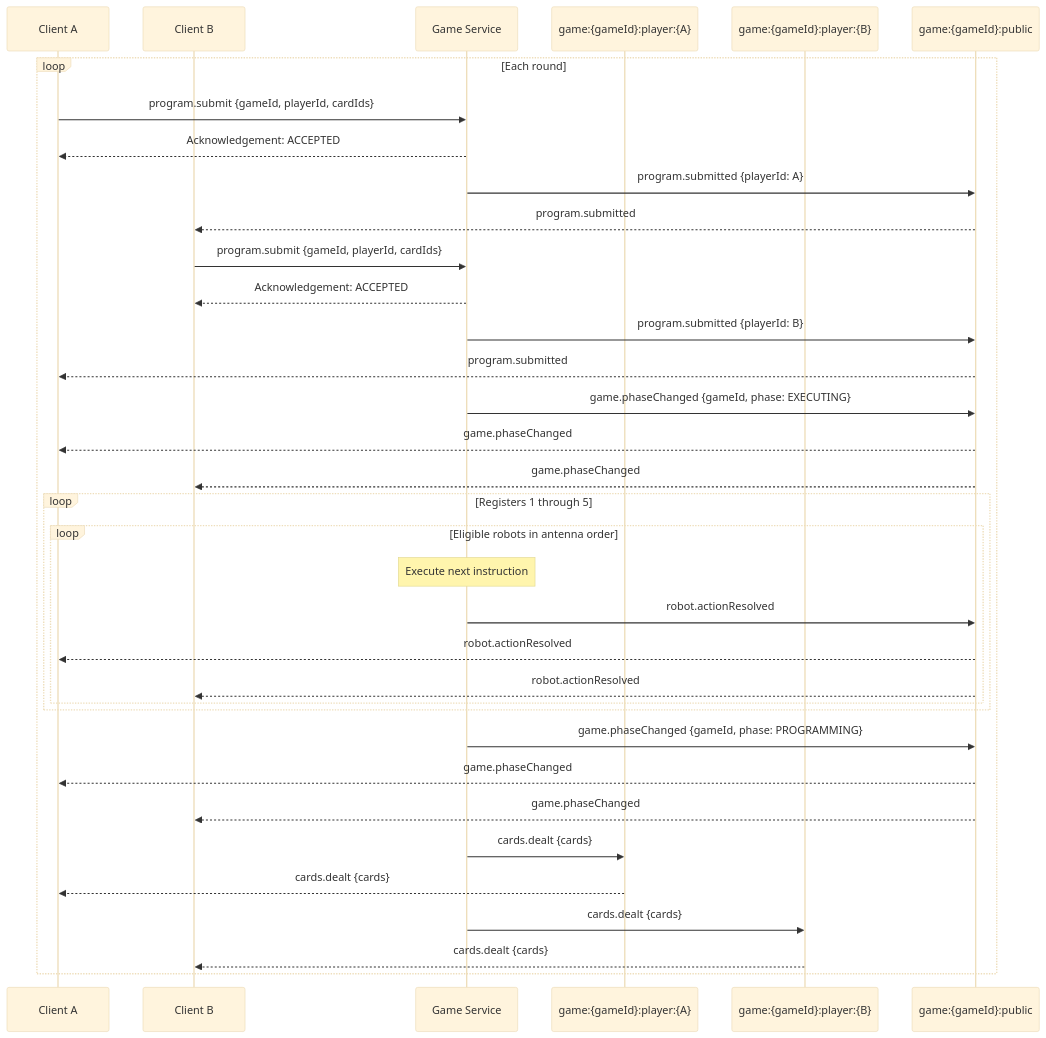
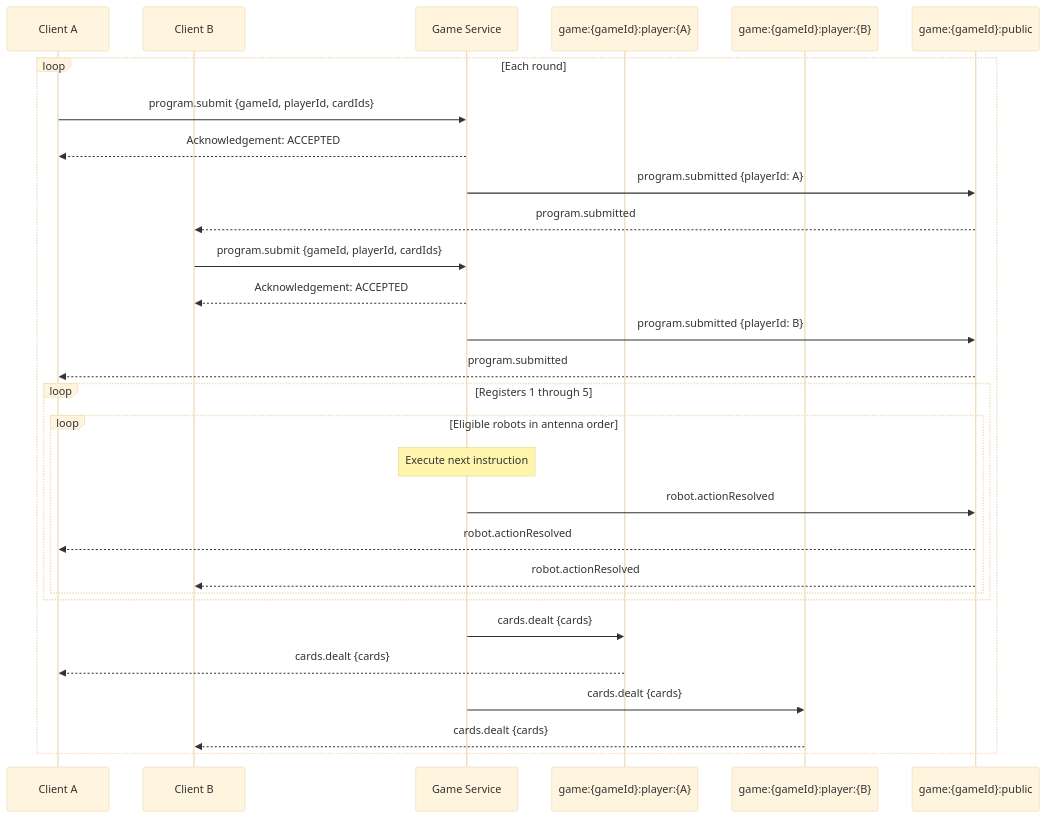
One commit to hananinas/RoboRally changed the second of 4 diagrams in docs/Communication.md. Above: the diagram before and after it, drawn with Mermaid (base theme). The commit also changed other lines of this file and 32 other files, not shown here.

````diff
--- a/docs/Communication.md
+++ b/docs/Communication.md
@@ -187,40 +159,34 @@
 ```mermaid
 sequenceDiagram
     participant A as Client A
     participant B as Client B
     participant Server as Game Service
     participant PrivateA as game:{gameId}:player:{A}
     participant PrivateB as game:{gameId}:player:{B}
     participant Public as game:{gameId}:public
 
     loop Each round
         A->>Server: program.submit {gameId, playerId, cardIds}
         Server-->>A: Acknowledgement: ACCEPTED
         Server->>Public: program.submitted {playerId: A}
         Public-->>B: program.submitted
 
         B->>Server: program.submit {gameId, playerId, cardIds}
         Server-->>B: Acknowledgement: ACCEPTED
         Server->>Public: program.submitted {playerId: B}
         Public-->>A: program.submitted
-        Server->>Public: game.phaseChanged {gameId, phase: EXECUTING}
-        Public-->>A: game.phaseChanged
-        Public-->>B: game.phaseChanged
         loop Registers 1 through 5
             loop Eligible robots in antenna order
                 Note over Server: Execute next instruction
                 Server->>Public: robot.actionResolved
                 Public-->>A: robot.actionResolved
                 Public-->>B: robot.actionResolved
             end
         end
 
-        Server->>Public: game.phaseChanged {gameId, phase: PROGRAMMING}
-        Public-->>A: game.phaseChanged
-        Public-->>B: game.phaseChanged
         Server->>PrivateA: cards.dealt {cards}
         PrivateA-->>A: cards.dealt {cards}
         Server->>PrivateB: cards.dealt {cards}
         PrivateB-->>B: cards.dealt {cards}
     end
 ```
````
